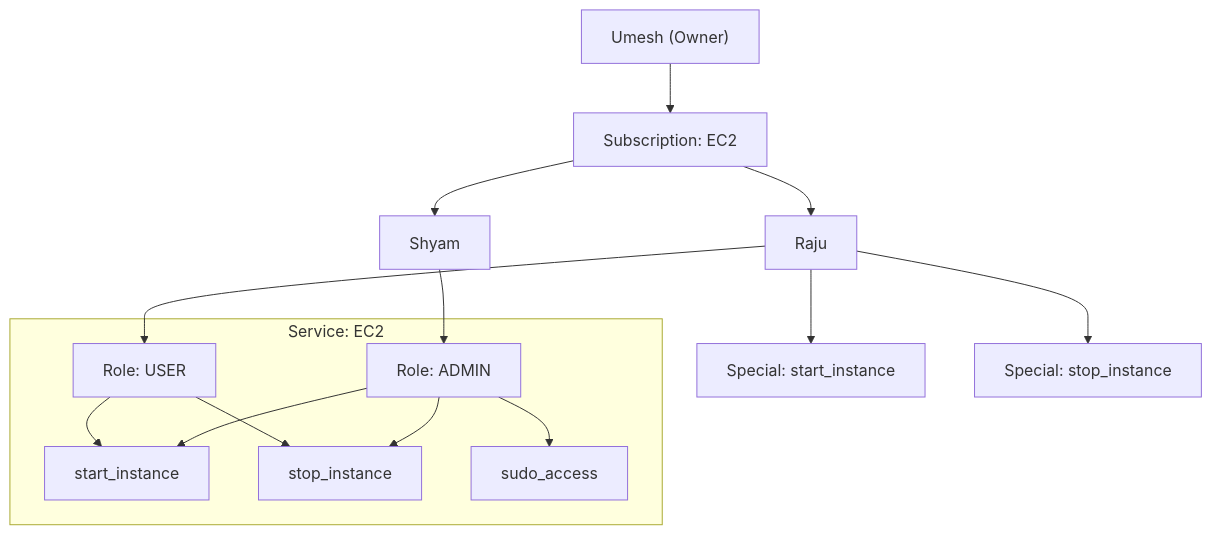
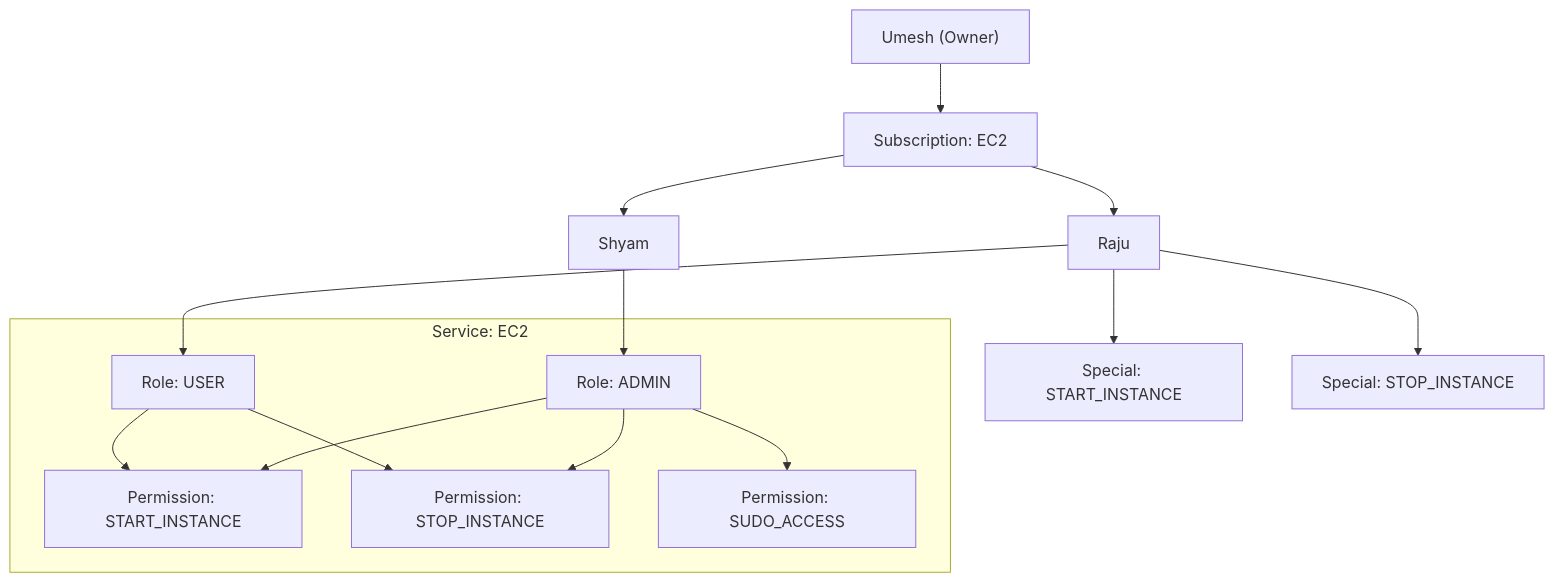
One commit to krishnasPrat/usermanagement changed the second of 4 diagrams in docs/functional/functional_overview.md. Above: the diagram before and after it, drawn with Mermaid. The commit also changed other lines of this file and 14 other files, not shown here.

Commit message:
added subscription user service and fixed the docs

````diff
--- a/docs/functional/functional_overview.md
+++ b/docs/functional/functional_overview.md
@@ -20,23 +20,24 @@
 ```mermaid
 flowchart TB
-  subgraph EC2[Service: EC2]
-    role_admin[Role: ADMIN]
-    role_user[Role: USER]
-    perm_start[start_instance]
-    perm_stop[stop_instance]
-    perm_sudo[sudo_access]
-    role_admin --> perm_start
-    role_admin --> perm_stop
-    role_admin --> perm_sudo
-    role_user --> perm_start
-    role_user --> perm_stop
+  subgraph EC2["Service: EC2"]
+    ec2_admin["Role: ADMIN"]
+    ec2_user["Role: USER"]
+    ec2_start["Permission: START_INSTANCE"]
+    ec2_stop["Permission: STOP_INSTANCE"]
+    ec2_sudo["Permission: SUDO_ACCESS"]
+    ec2_admin --> ec2_start
+    ec2_admin --> ec2_stop
+    ec2_admin --> ec2_sudo
+    ec2_user --> ec2_start
+    ec2_user --> ec2_stop
   end
 
   umesh["Umesh (Owner)"] --> sub_ec2["Subscription: EC2"]
-  sub_ec2 --> shyam[Shyam]
-  sub_ec2 --> raju[Raju]
-  shyam --> role_admin
-  raju --> role_user
-  raju --> sp_start["Special: start_instance"]
-  raju --> sp_stop["Special: stop_instance"]
+  sub_ec2 --> shyam["Shyam"]
+  sub_ec2 --> raju["Raju"]
+
+  shyam --> ec2_admin
+  raju --> ec2_user
+  raju --> sp_start["Special: START_INSTANCE"]
+  raju --> sp_stop["Special: STOP_INSTANCE"]
 ```
````
